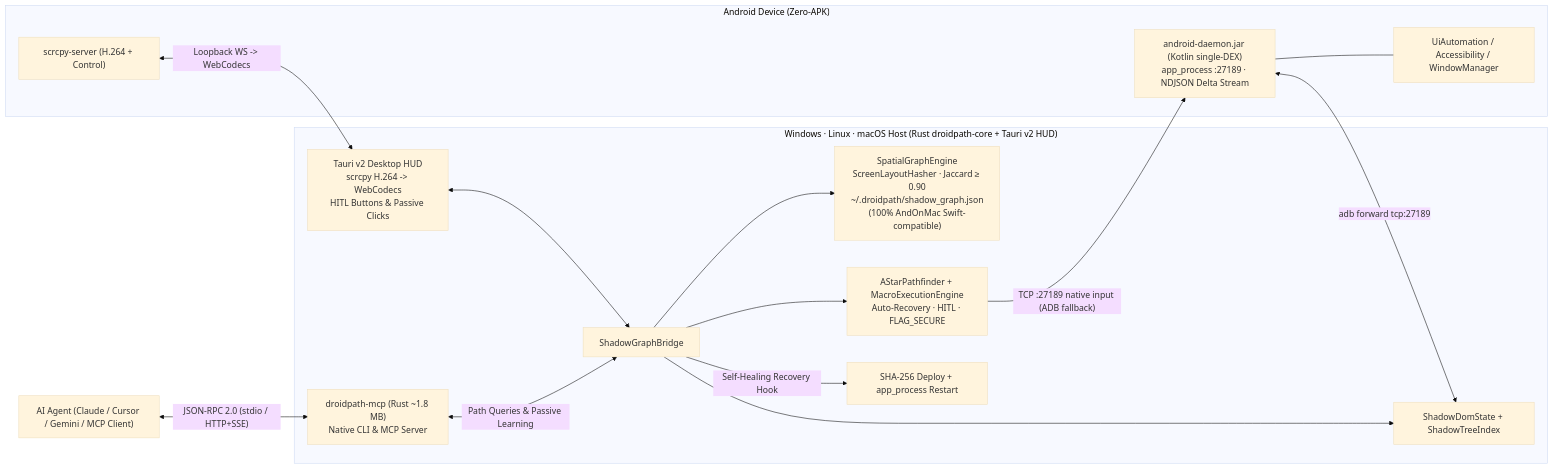
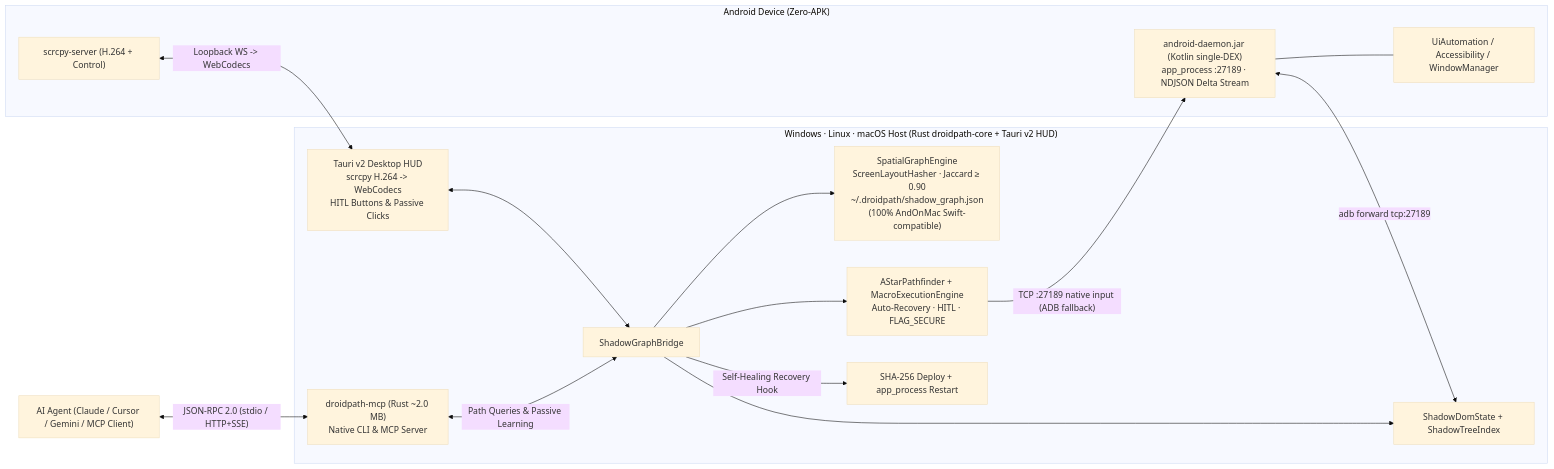
One commit to V0val0x/DroidPath changed the diagram in README.md. Above: the diagram before and after it, drawn with Mermaid (base theme). The commit also changed other lines of this file and 9 other files, not shown here.

Commit message:
fix(installers,cli): atomic same-FS staging, BOM-safe MCP merge, DROIDPATH_HOME & no-npx fallback, Windows iex CI test

````diff
--- a/README.md
+++ b/README.md
@@ -161,24 +165,24 @@
 ```mermaid
 flowchart LR
-    Agent["AI Agent (Claude / Cursor / Gemini / MCP Client)"] <-->|"JSON-RPC 2.0 (stdio / HTTP+SSE)"| CLI["droidpath-mcp (Rust ~1.8 MB)\nNative CLI & MCP Server"]
+    Agent["AI Agent (Claude / Cursor / Gemini / MCP Client)"] <-->|"JSON-RPC 2.0 (stdio / HTTP+SSE)"| CLI["droidpath-mcp (Rust ~2.0 MB)\nNative CLI & MCP Server"]
 
     subgraph Host["Windows · Linux · macOS Host (Rust droidpath-core + Tauri v2 HUD)"]
         CLI <-->|"Path Queries & Passive Learning"| Bridge["ShadowGraphBridge"]
         HUD["Tauri v2 Desktop HUD\nscrcpy H.264 -> WebCodecs\nHITL Buttons & Passive Clicks"] <--> Bridge
         Bridge --> DOM["ShadowDomState + ShadowTreeIndex"]
         Bridge --> Graph["SpatialGraphEngine\nScreenLayoutHasher · Jaccard ≥ 0.90\n~/.droidpath/shadow_graph.json\n(100% AndOnMac Swift-compatible)"]
         Bridge --> AStar["AStarPathfinder + MacroExecutionEngine\nAuto-Recovery · HITL · FLAG_SECURE"]
         Bridge -->|"Self-Healing Recovery Hook"| Recovery["SHA-256 Deploy + app_process Restart"]
     end
 
     subgraph Android["Android Device (Zero-APK)"]
         Daemon["android-daemon.jar (Kotlin single-DEX)\napp_process :27189 · NDJSON Delta Stream"]
         Scrcpy["scrcpy-server (H.264 + Control)"]
         Sys["UiAutomation / Accessibility / WindowManager"]
     end
 
     Daemon <-->|"adb forward tcp:27189"| DOM
     Scrcpy <-->|"Loopback WS -> WebCodecs"| HUD
     AStar -->|"TCP :27189 native input (ADB fallback)"| Daemon
     Daemon --- Sys
 ```
````
